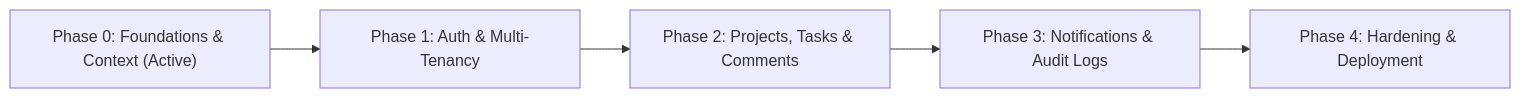
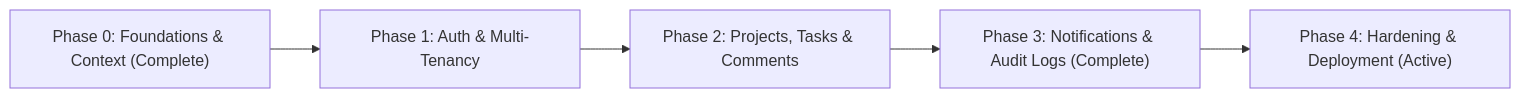
One commit to othman-alsoud/ai-powered-project-management-system changed the diagram in docs/DEVELOPMENT_ROADMAP.md. Above: the diagram before and after it, drawn with Mermaid. The commit also changed other lines of this file and 179 other files, not shown here.

````diff
--- a/docs/DEVELOPMENT_ROADMAP.md
+++ b/docs/DEVELOPMENT_ROADMAP.md
@@ -13,13 +13,13 @@
 ```mermaid
 flowchart LR
-    P0["Phase 0: Foundations & Context (Active)"]
+    P0["Phase 0: Foundations & Context (Complete)"]
     P1["Phase 1: Auth & Multi-Tenancy"]
     P2["Phase 2: Projects, Tasks & Comments"]
-    P3["Phase 3: Notifications & Audit Logs"]
-    P4["Phase 4: Hardening & Deployment"]
+    P3["Phase 3: Notifications & Audit Logs (Complete)"]
+    P4["Phase 4: Hardening & Deployment (Active)"]
 
     P0 --> P1
     P1 --> P2
     P2 --> P3
     P3 --> P4
 ```
````
